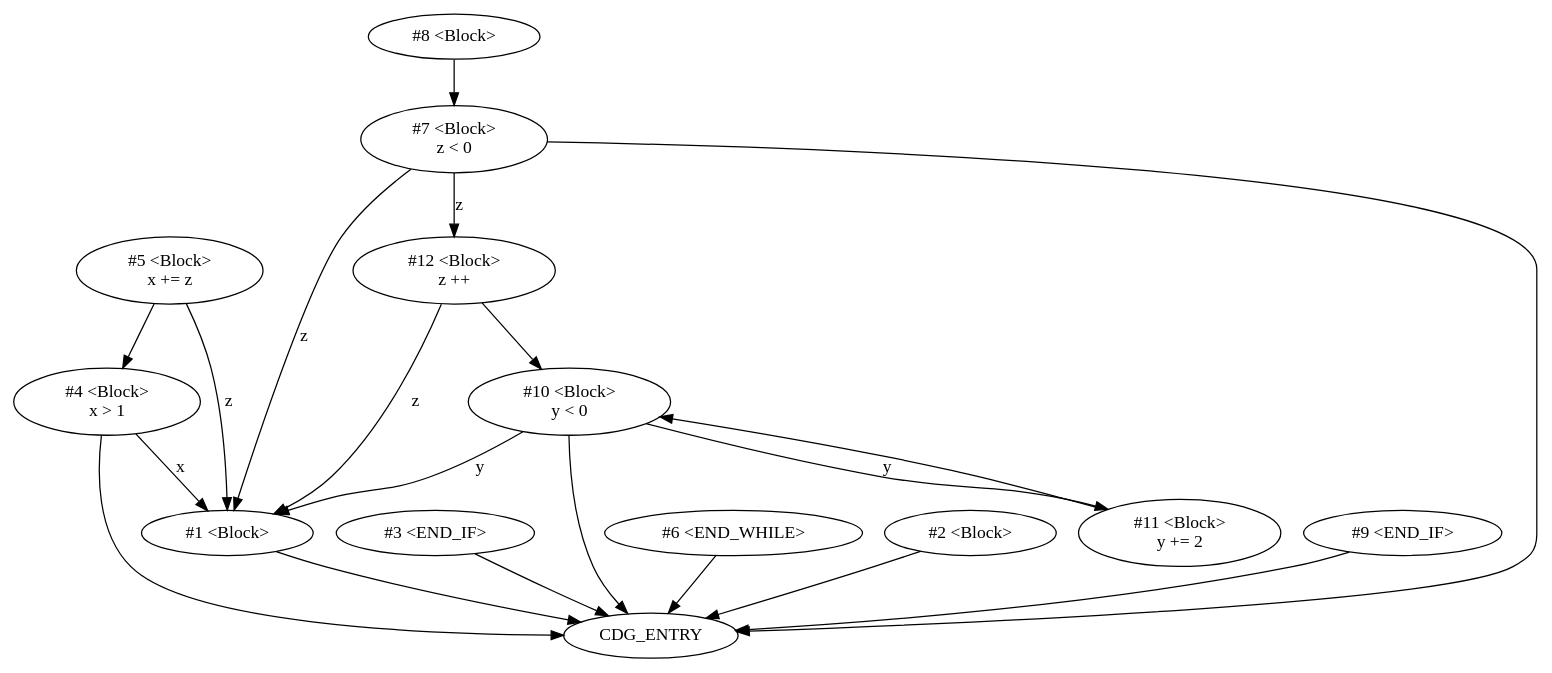
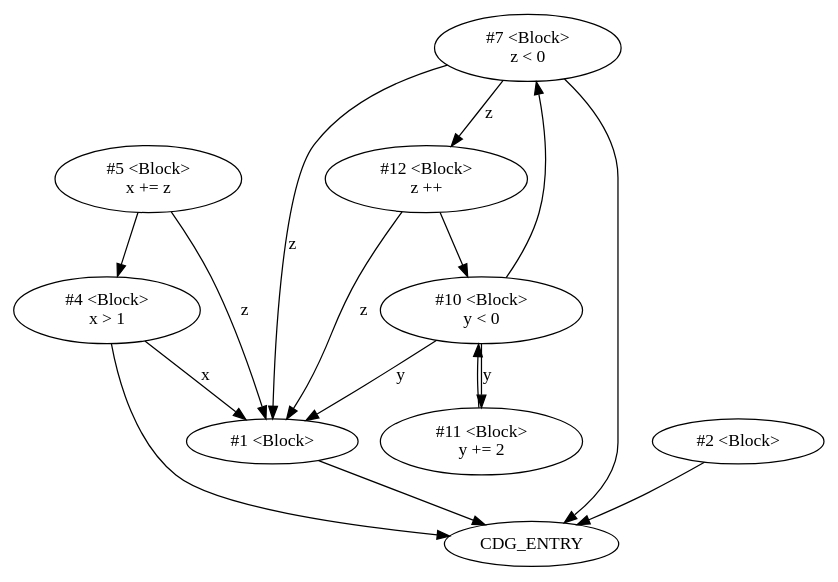
The diagram in examples/code-property-graph/pdg.dot (h-mole/MetronomeStatic), drawn with Graphviz before and after one commit. The commit also changed 31 other files, not shown here.

Commit message:
modified diagrams

```diff
--- a/examples/code-property-graph/pdg.dot
+++ b/examples/code-property-graph/pdg.dot
@@ -1,34 +1,26 @@
 strict digraph  {
 1 [label="#1 &lt;Block&gt;\n"];
 4 [label="#4 &lt;Block&gt;\nx > 1"];
 5 [label="#5 &lt;Block&gt;\nx += z"];
-3 [label="#3 &lt;END_IF&gt;\n"];
 7 [label="#7 &lt;Block&gt;\nz < 0"];
-8 [label="#8 &lt;Block&gt;\n"];
-6 [label="#6 &lt;END_WHILE&gt;\n"];
+10 [label="#10 &lt;Block&gt;\ny < 0"];
 2 [label="#2 &lt;Block&gt;\n"];
-10 [label="#10 &lt;Block&gt;\ny < 0"];
 11 [label="#11 &lt;Block&gt;\ny += 2"];
 12 [label="#12 &lt;Block&gt;\nz ++"];
-9 [label="#9 &lt;END_IF&gt;\n"];
 CDG_ENTRY;
 1 -> CDG_ENTRY;
 4 -> CDG_ENTRY;
 4 -> 1  [label=x];
 5 -> 4;
 5 -> 1  [label=z];
-3 -> CDG_ENTRY;
 7 -> CDG_ENTRY;
 7 -> 1  [label=z];
 7 -> 12  [label=z];
-8 -> 7;
-6 -> CDG_ENTRY;
-2 -> CDG_ENTRY;
-10 -> CDG_ENTRY;
+10 -> 7;
 10 -> 1  [label=y];
 10 -> 11  [label=y];
+2 -> CDG_ENTRY;
 11 -> 10;
 12 -> 10;
 12 -> 1  [label=z];
-9 -> CDG_ENTRY;
 }
```
